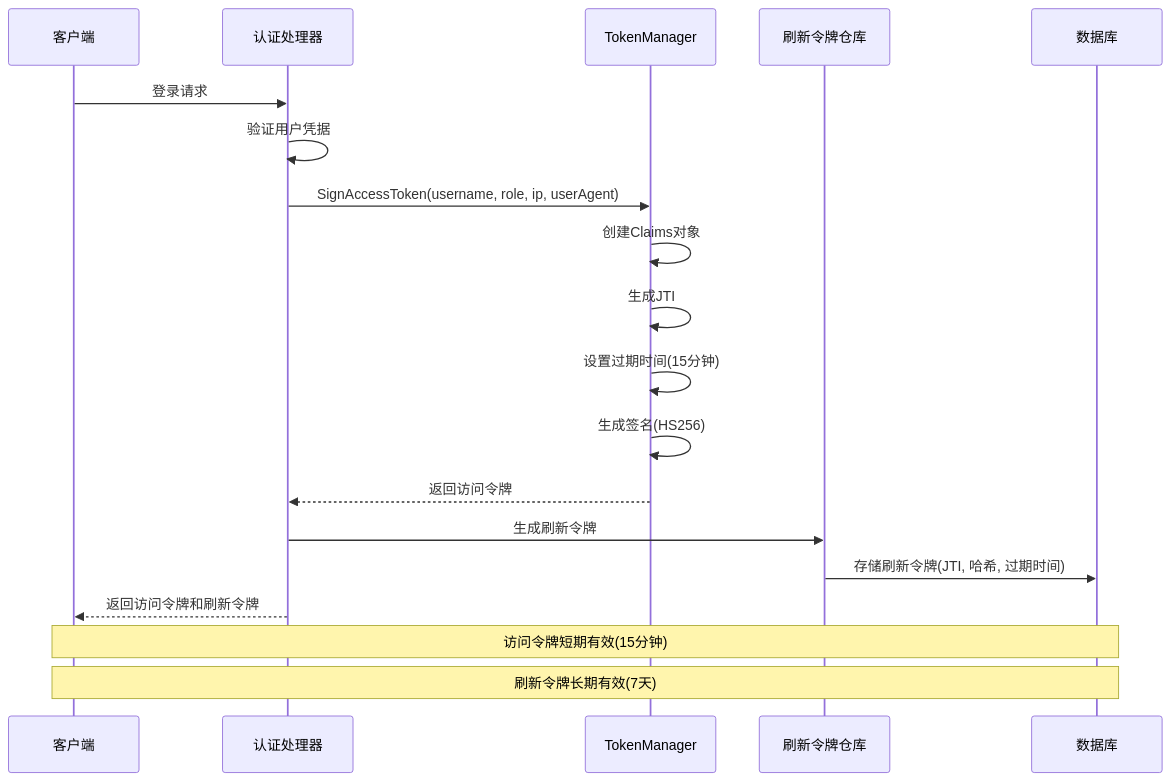
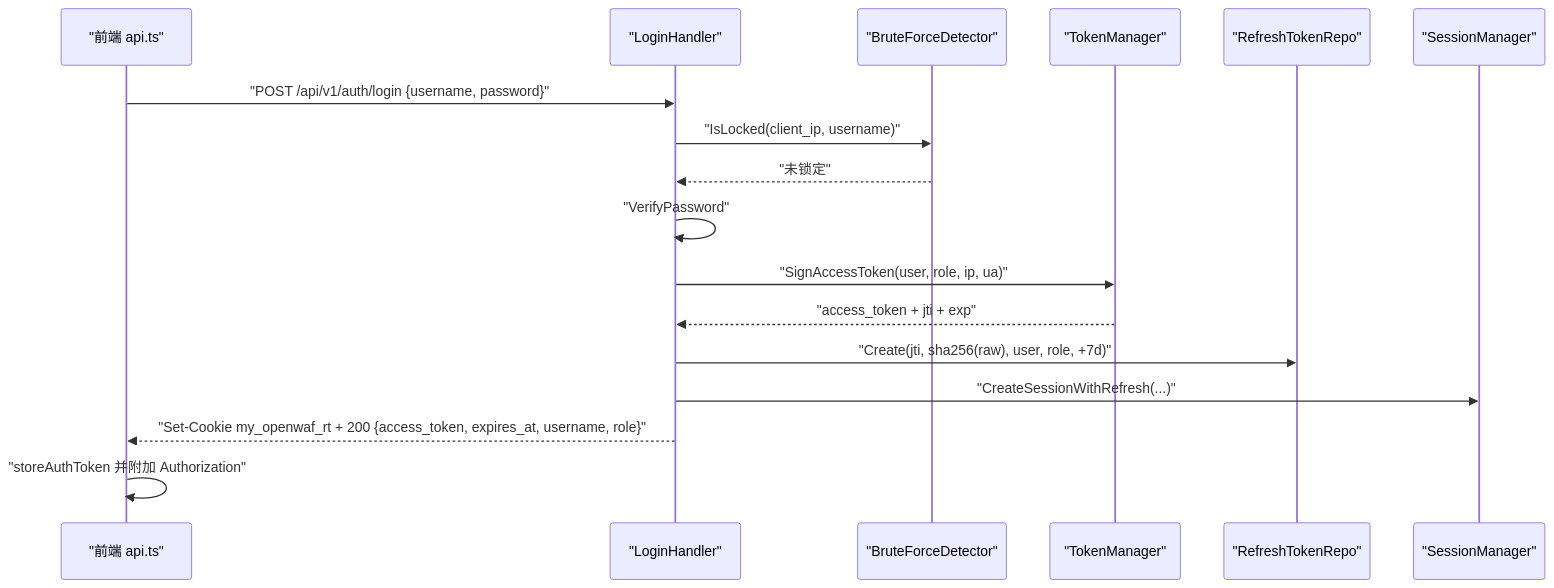
The third of 6 diagrams in docs/管理 API 系统/REST API 设计规范/认证授权机制.md (x01n/My-OpenWaf), drawn with Mermaid before and after one commit. The commit also changed other lines of this file and 622 other files, not shown here.

````diff
--- a/docs/管理 API 系统/REST API 设计规范/认证授权机制.md
+++ b/docs/管理 API 系统/REST API 设计规范/认证授权机制.md
@@ -148,21 +211,19 @@
 ```mermaid
 sequenceDiagram
-participant Client as 客户端
-participant Auth as 认证处理器
-participant TM as TokenManager
-participant RT as 刷新令牌仓库
-participant DB as 数据库
-Client->>Auth : 登录请求
-Auth->>Auth : 验证用户凭据
-Auth->>TM : SignAccessToken(username, role, ip, userAgent)
-TM->>TM : 创建Claims对象
-TM->>TM : 生成JTI
-TM->>TM : 设置过期时间(15分钟)
-TM->>TM : 生成签名(HS256)
-TM-->>Auth : 返回访问令牌
-Auth->>RT : 生成刷新令牌
-RT->>DB : 存储刷新令牌(JTI, 哈希, 过期时间)
-Auth-->>Client : 返回访问令牌和刷新令牌
-Note over Client,DB : 访问令牌短期有效(15分钟)
-Note over Client,DB : 刷新令牌长期有效(7天)
+participant FE as "前端 api.ts"
+participant LH as "LoginHandler"
+participant BF as "BruteForceDetector"
+participant TM as "TokenManager"
+participant RT as "RefreshTokenRepo"
+participant SM as "SessionManager"
+FE->>LH : "POST /api/v1/auth/login {username, password}"
+LH->>BF : "IsLocked(client_ip, username)"
+BF-->>LH : "未锁定"
+LH->>LH : "VerifyPassword"
+LH->>TM : "SignAccessToken(user, role, ip, ua)"
+TM-->>LH : "access_token + jti + exp"
+LH->>RT : "Create(jti, sha256(raw), user, role, +7d)"
+LH->>SM : "CreateSessionWithRefresh(...)"
+LH-->>FE : "Set-Cookie my_openwaf_rt + 200 {access_token, expires_at, username, role}"
+FE->>FE : "storeAuthToken 并附加 Authorization"
 ```
````
